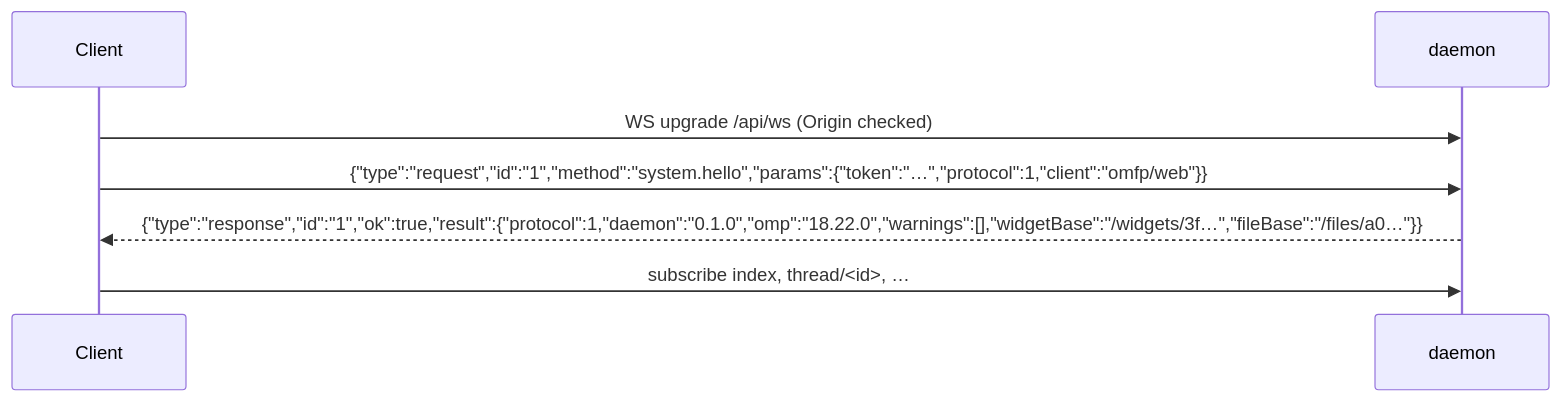
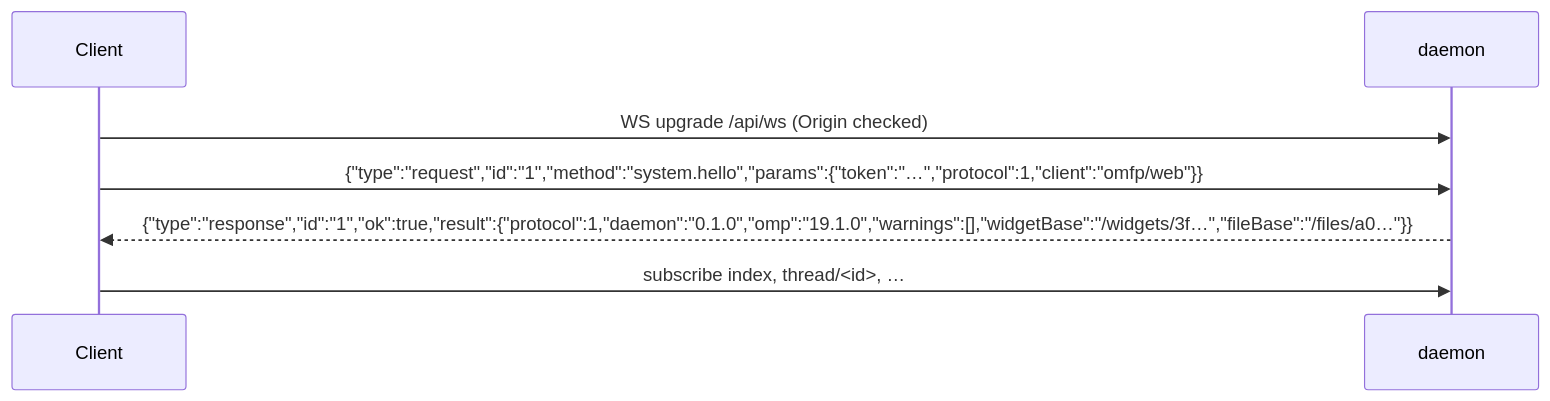
Before and after one commit to TonioGela/omfp: the diagram in docs/specs/03-protocol.md, drawn with Mermaid. The commit also changed other lines of this file and 174 other files, not shown here.

````diff
--- a/docs/specs/03-protocol.md
+++ b/docs/specs/03-protocol.md
@@ -11,9 +11,9 @@
 ```mermaid
 sequenceDiagram
   participant C as Client
   participant D as daemon
   C->>D: WS upgrade /api/ws (Origin checked)
   C->>D: {"type":"request","id":"1","method":"system.hello","params":{"token":"…","protocol":1,"client":"omfp/web"}}
-  D-->>C: {"type":"response","id":"1","ok":true,"result":{"protocol":1,"daemon":"0.1.0","omp":"18.22.0","warnings":[],"widgetBase":"/widgets/3f…","fileBase":"/files/a0…"}}
+  D-->>C: {"type":"response","id":"1","ok":true,"result":{"protocol":1,"daemon":"0.1.0","omp":"19.1.0","warnings":[],"widgetBase":"/widgets/3f…","fileBase":"/files/a0…"}}
   C->>D: subscribe index, thread/<id>, …
 ```
````
